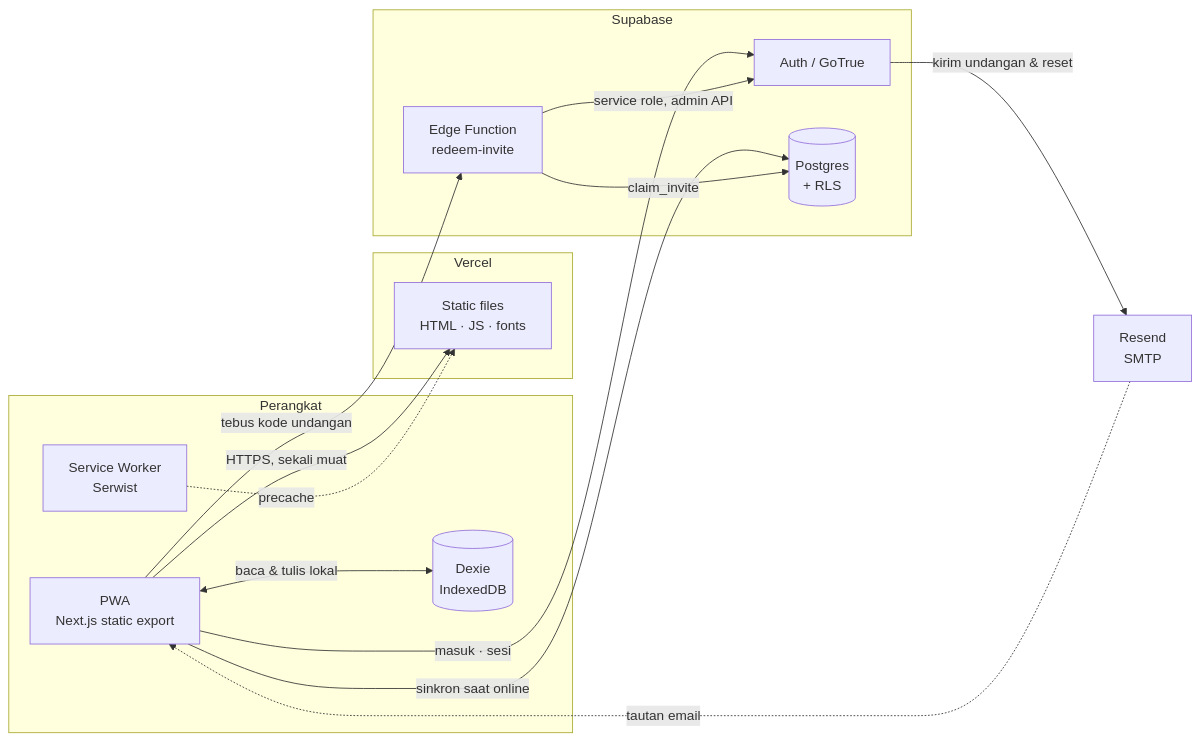
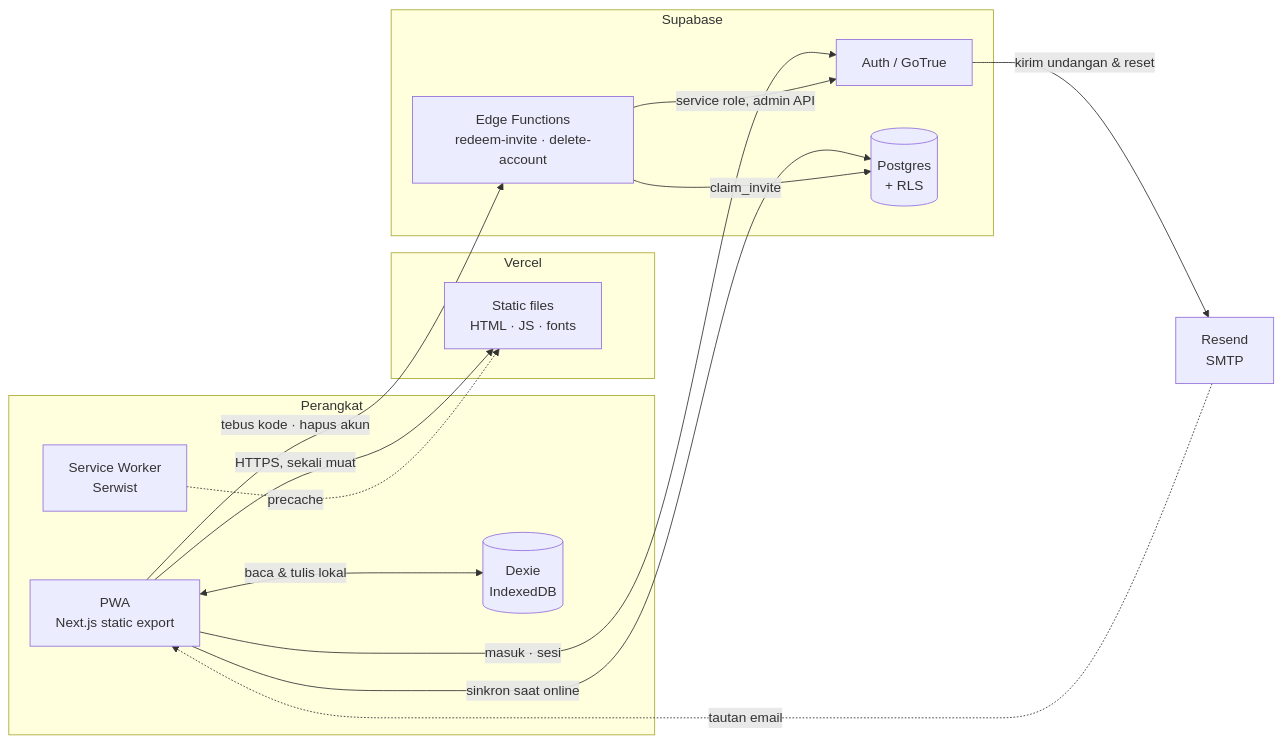
Before and after one commit to RiGi26/planner-family-platform: the first of 4 diagrams in docs/ARCHITECTURE.md, drawn with Mermaid. The commit also changed other lines of this file and 2 other files, not shown here.

First line of the commit message:
docs: PRD 2.1 and architecture docs catch up with the generalisation

````diff
--- a/docs/ARCHITECTURE.md
+++ b/docs/ARCHITECTURE.md
@@ -26,31 +28,31 @@
 ```mermaid
 flowchart LR
     subgraph device["Perangkat"]
         pwa["PWA<br/>Next.js static export"]
         dexie[("Dexie<br/>IndexedDB")]
         sw["Service Worker<br/>Serwist"]
     end
 
     subgraph vercel["Vercel"]
         static["Static files<br/>HTML · JS · fonts"]
     end
 
     subgraph supabase["Supabase"]
         auth["Auth / GoTrue"]
         db[("Postgres<br/>+ RLS")]
-        fn["Edge Function<br/>redeem-invite"]
+        fn["Edge Functions<br/>redeem-invite · delete-account"]
     end
 
     resend["Resend<br/>SMTP"]
 
     pwa -->|"HTTPS, sekali muat"| static
     sw -.->|"precache"| static
     pwa <-->|"baca &amp; tulis lokal"| dexie
     pwa -->|"sinkron saat online"| db
     pwa -->|"masuk · sesi"| auth
-    pwa -->|"tebus kode undangan"| fn
+    pwa -->|"tebus kode · hapus akun"| fn
     fn -->|"service role, admin API"| auth
     fn -->|"claim_invite"| db
     auth -->|"kirim undangan &amp; reset"| resend
     resend -.->|"tautan email"| pwa
 ```
````
